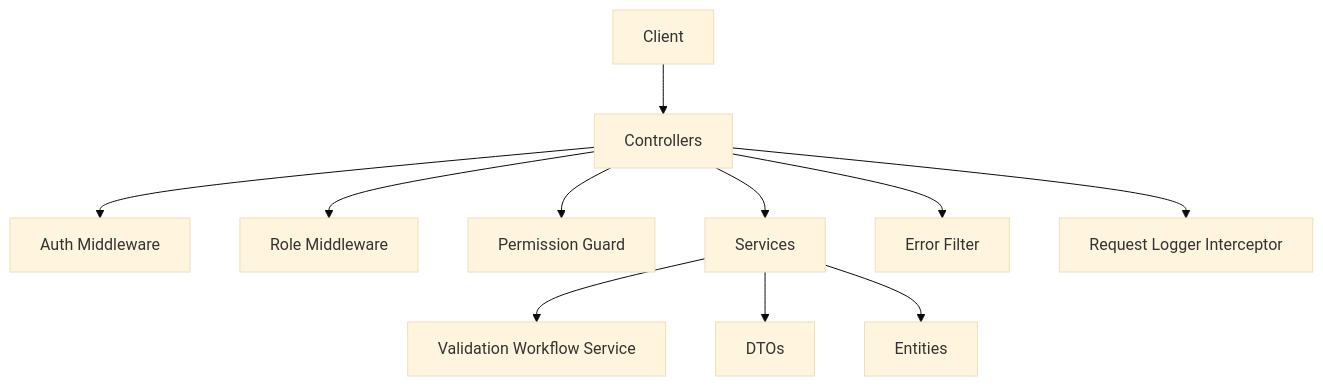
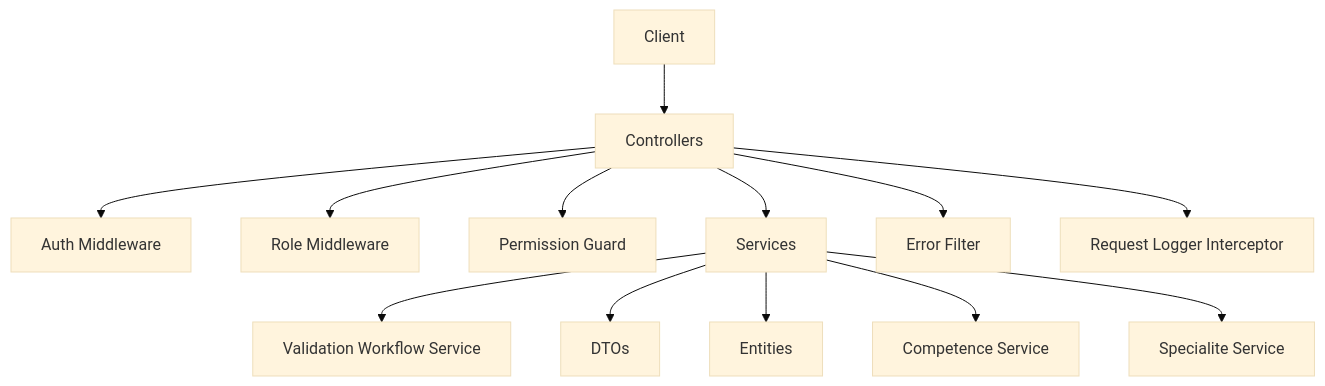
The second of 9 diagrams in .qoder/repowiki/en/content/Backend API Documentation/Academic Management API.md (franckylab/eLISAschool), drawn with Mermaid (base theme) before and after one commit. The commit also changed other lines of this file and 77 other files, not shown here.

````diff
--- a/.qoder/repowiki/en/content/Backend API Documentation/Academic Management API.md
+++ b/.qoder/repowiki/en/content/Backend API Documentation/Academic Management API.md
@@ -373,24 +469,28 @@
 ```mermaid
 graph TB
 Client["Client"]
 Ctrl["Controllers"]
 AuthMW["Auth Middleware"]
 RoleMW["Role Middleware"]
 Guard["Permission Guard"]
 Service["Services"]
 ValidationService["Validation Workflow Service"]
+CompetenceService["Competence Service"]
+SpecialiteService["Specialite Service"]
 DTO["DTOs"]
 Entity["Entities"]
 Filter["Error Filter"]
 Interceptor["Request Logger Interceptor"]
 Client --> Ctrl
 Ctrl --> AuthMW
 Ctrl --> RoleMW
 Ctrl --> Guard
 Ctrl --> Service
 Service --> ValidationService
 Service --> DTO
 Service --> Entity
+Service --> CompetenceService
+Service --> SpecialiteService
 Ctrl --> Filter
 Ctrl --> Interceptor
 ```
````
